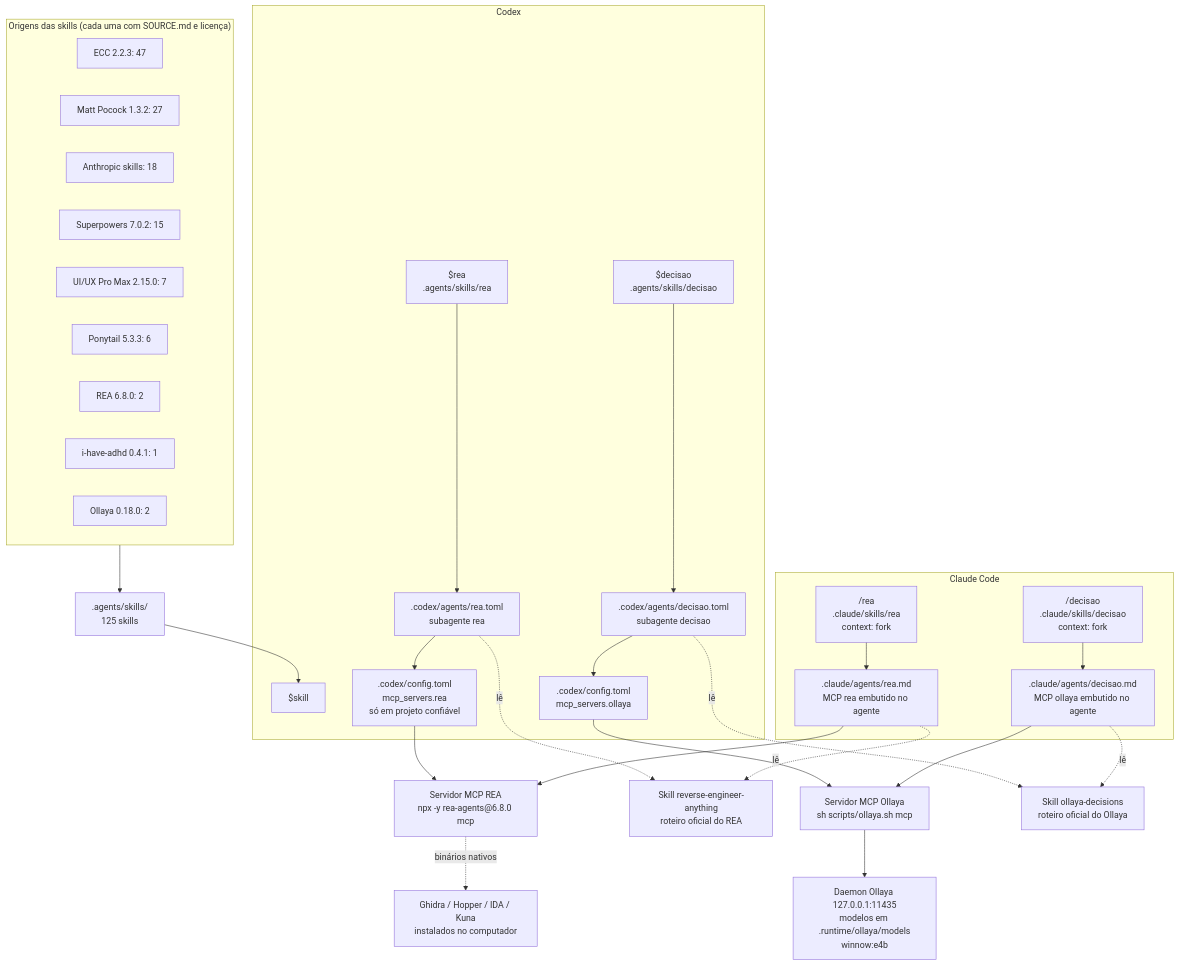
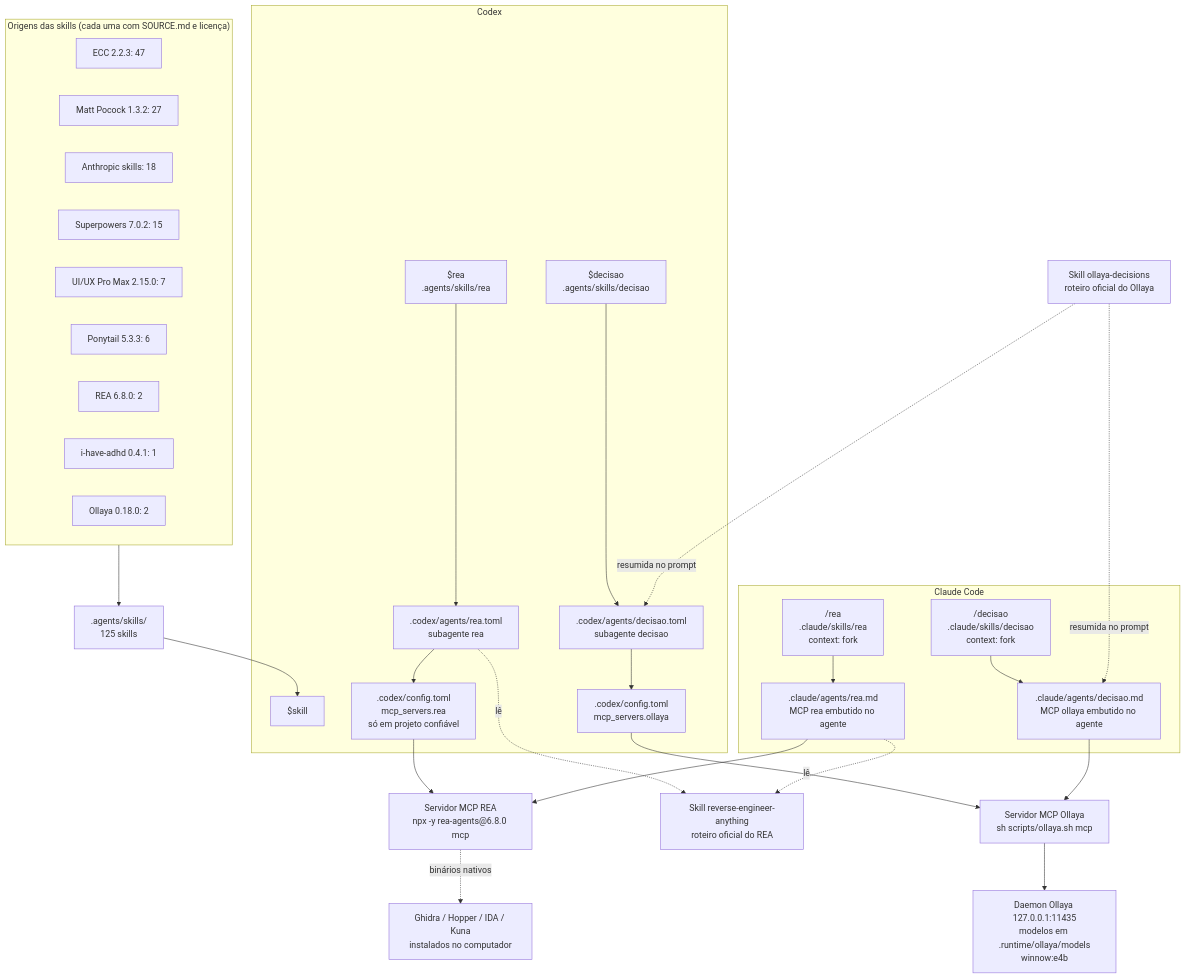
Before and after one commit to mesquitafelipe571-ai/arquitetura--LLM: the fifth of 8 diagrams in docs/ARQUITETURA.md, drawn with Mermaid. The commit also changed other lines of this file and 7 other files, not shown here.

````diff
--- a/docs/ARQUITETURA.md
+++ b/docs/ARQUITETURA.md
@@ -230,54 +230,54 @@
 ```mermaid
 flowchart TB
     subgraph ORIG["Origens das skills (cada uma com SOURCE.md e licença)"]
         O1["ECC 2.2.3: 47"]
         O2["Matt Pocock 1.3.2: 27"]
         O3["Anthropic skills: 18"]
         O4["Superpowers 7.0.2: 15"]
         O5["UI/UX Pro Max 2.15.0: 7"]
         O6["Ponytail 5.3.3: 6"]
         O7["REA 6.8.0: 2"]
         O8["i-have-adhd 0.4.1: 1"]
         O9["Ollaya 0.18.0: 2"]
     end
 
     SKD[".agents/skills/<br/>125 skills"]
     ORIG --> SKD
 
     subgraph CODEXS["Codex"]
         CSK["$skill"]
         CRS["$rea<br/>.agents/skills/rea"]
         CAG[".codex/agents/rea.toml<br/>subagente rea"]
         CCF[".codex/config.toml<br/>mcp_servers.rea<br/>só em projeto confiável"]
         CDS["$decisao<br/>.agents/skills/decisao"]
         CDA[".codex/agents/decisao.toml<br/>subagente decisao"]
         CDF[".codex/config.toml<br/>mcp_servers.ollaya"]
     end
 
     subgraph CLAUDES["Claude Code"]
         KRS["/rea<br/>.claude/skills/rea<br/>context: fork"]
         KAG[".claude/agents/rea.md<br/>MCP rea embutido no agente"]
         KDS["/decisao<br/>.claude/skills/decisao<br/>context: fork"]
         KDA[".claude/agents/decisao.md<br/>MCP ollaya embutido no agente"]
     end
 
     MCP["Servidor MCP REA<br/>npx -y rea-agents@6.8.0 mcp"]
     RE["Skill reverse-engineer-anything<br/>roteiro oficial do REA"]
     ENG["Ghidra / Hopper / IDA / Kuna<br/>instalados no computador"]
     OMCP["Servidor MCP Ollaya<br/>sh scripts/ollaya.sh mcp"]
     OD["Daemon Ollaya 127.0.0.1:11435<br/>modelos em .runtime/ollaya/models<br/>winnow:e4b"]
     OS["Skill ollaya-decisions<br/>roteiro oficial do Ollaya"]
 
     SKD --> CSK
     CRS --> CAG
     CAG --> CCF --> MCP
     KRS --> KAG --> MCP
     CAG -.lê.-> RE
     KAG -.lê.-> RE
     MCP -.binários nativos.-> ENG
     CDS --> CDA --> CDF --> OMCP
     KDS --> KDA --> OMCP
     OMCP --> OD
-    CDA -.lê.-> OS
-    KDA -.lê.-> OS
+    OS -.resumida no prompt.-> CDA
+    OS -.resumida no prompt.-> KDA
 ```
````
